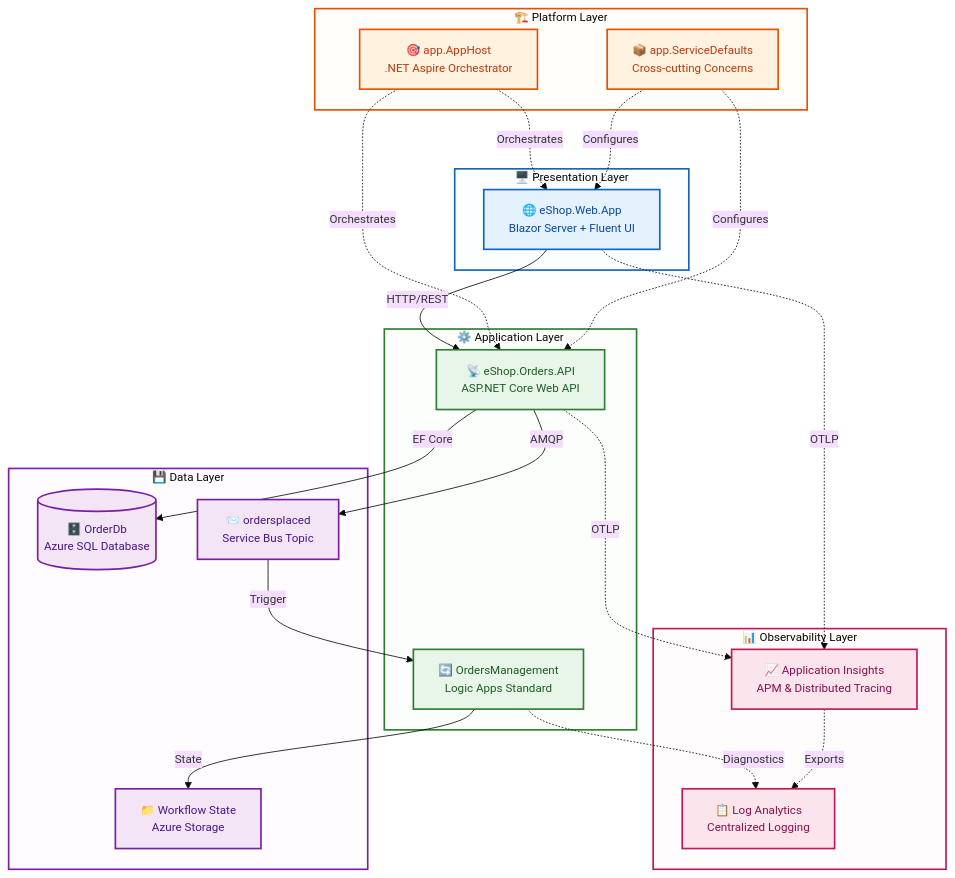
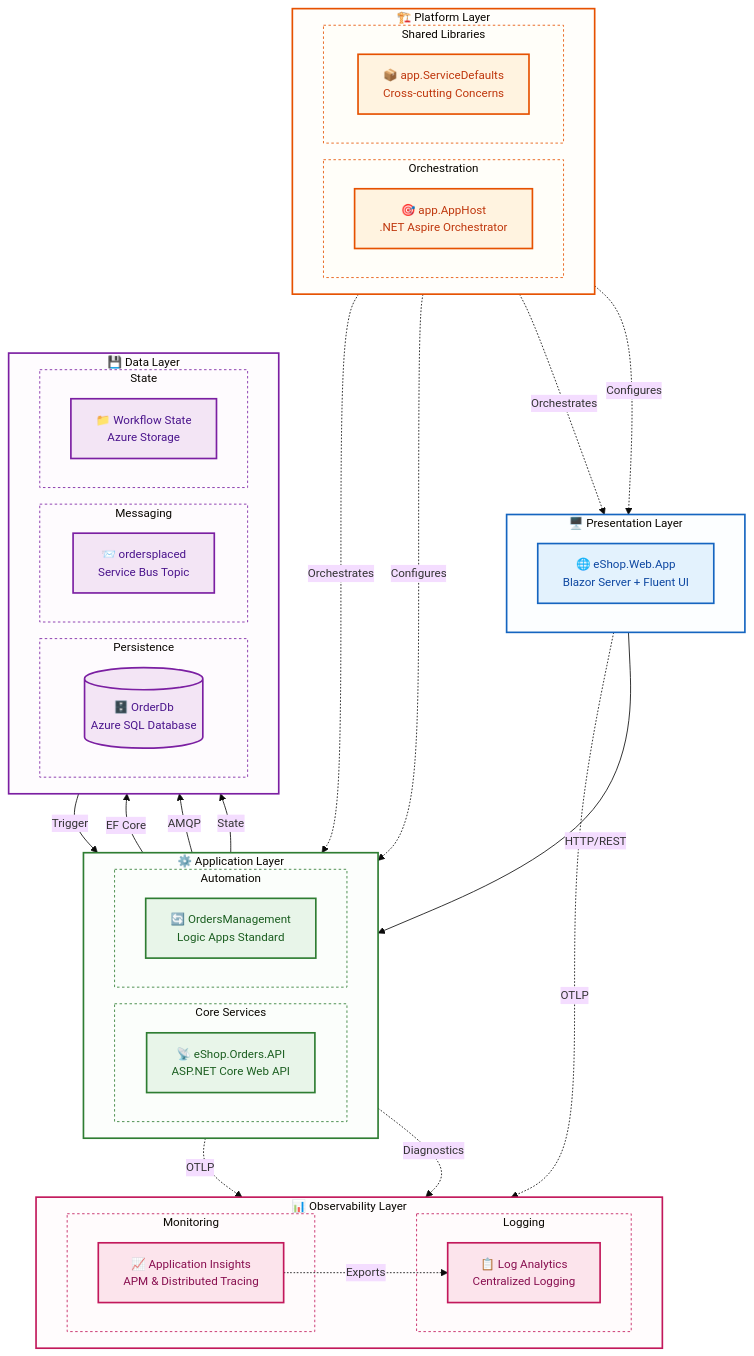
One commit to Evilazaro/Azure-LogicApps-Monitoring changed the diagram in docs/architecture/README.md. Above: the diagram before and after it, drawn with Mermaid.

Commit message:
Refactor architecture diagram with improved subgraph organization and styling for enhanced clarity and visual grouping

````diff
--- a/docs/architecture/README.md
+++ b/docs/architecture/README.md
@@ -25,41 +25,67 @@
 %%{init: {'theme': 'base', 'themeVariables': { 'fontSize': '14px'}}}%%
 flowchart TD
     subgraph Presentation["🖥️ Presentation Layer"]
+        direction LR
         WebApp["🌐 eShop.Web.App<br/>Blazor Server + Fluent UI"]
     end
 
     subgraph Application["⚙️ Application Layer"]
-        API["📡 eShop.Orders.API<br/>ASP.NET Core Web API"]
-        LogicApp["🔄 OrdersManagement<br/>Logic Apps Standard"]
+        direction LR
+        subgraph AppServices["Core Services"]
+            API["📡 eShop.Orders.API<br/>ASP.NET Core Web API"]
+        end
+        subgraph Workflows["Automation"]
+            LogicApp["🔄 OrdersManagement<br/>Logic Apps Standard"]
+        end
     end
 
     subgraph Platform["🏗️ Platform Layer"]
-        Aspire["🎯 app.AppHost<br/>.NET Aspire Orchestrator"]
-        Defaults["📦 app.ServiceDefaults<br/>Cross-cutting Concerns"]
+        direction LR
+        subgraph Orchestration["Orchestration"]
+            Aspire["🎯 app.AppHost<br/>.NET Aspire Orchestrator"]
+        end
+        subgraph SharedLibraries["Shared Libraries"]
+            Defaults["📦 app.ServiceDefaults<br/>Cross-cutting Concerns"]
+        end
     end
 
     subgraph Data["💾 Data Layer"]
-        SQL[("🗄️ OrderDb<br/>Azure SQL Database")]
-        ServiceBus["📨 ordersplaced<br/>Service Bus Topic"]
-        Storage["📁 Workflow State<br/>Azure Storage"]
+        direction LR
+        subgraph Persistence["Persistence"]
+            SQL[("🗄️ OrderDb<br/>Azure SQL Database")]
+        end
+        subgraph Messaging["Messaging"]
+            ServiceBus["📨 ordersplaced<br/>Service Bus Topic"]
+        end
+        subgraph StateStore["State"]
+            Storage["📁 Workflow State<br/>Azure Storage"]
+        end
     end
 
     subgraph Observability["📊 Observability Layer"]
-        AppInsights["📈 Application Insights<br/>APM & Distributed Tracing"]
-        LogAnalytics["📋 Log Analytics<br/>Centralized Logging"]
+        direction LR
+        subgraph Monitoring["Monitoring"]
+            AppInsights["📈 Application Insights<br/>APM & Distributed Tracing"]
+        end
+        subgraph Logging["Logging"]
+            LogAnalytics["📋 Log Analytics<br/>Centralized Logging"]
+        end
     end
 
+    %% Data flow connections
     WebApp -->|"HTTP/REST"| API
     API -->|"EF Core"| SQL
     API -->|"AMQP"| ServiceBus
     ServiceBus -->|"Trigger"| LogicApp
     LogicApp -->|"State"| Storage
 
+    %% Orchestration connections
     Aspire -.->|"Orchestrates"| WebApp
     Aspire -.->|"Orchestrates"| API
     Defaults -.->|"Configures"| WebApp
     Defaults -.->|"Configures"| API
 
+    %% Telemetry connections
     WebApp -.->|"OTLP"| AppInsights
     API -.->|"OTLP"| AppInsights
     LogicApp -.->|"Diagnostics"| LogAnalytics
@@ -84,4 +110,13 @@
     style Platform fill:#fff3e022,stroke:#e65100,stroke-width:2px
     style Data fill:#f3e5f522,stroke:#7b1fa2,stroke-width:2px
     style Observability fill:#fce4ec22,stroke:#c2185b,stroke-width:2px
+    style AppServices fill:#e8f5e911,stroke:#2e7d32,stroke-width:1px,stroke-dasharray:3
+    style Workflows fill:#e8f5e911,stroke:#2e7d32,stroke-width:1px,stroke-dasharray:3
+    style Orchestration fill:#fff3e011,stroke:#e65100,stroke-width:1px,stroke-dasharray:3
+    style SharedLibraries fill:#fff3e011,stroke:#e65100,stroke-width:1px,stroke-dasharray:3
+    style Persistence fill:#f3e5f511,stroke:#7b1fa2,stroke-width:1px,stroke-dasharray:3
+    style Messaging fill:#f3e5f511,stroke:#7b1fa2,stroke-width:1px,stroke-dasharray:3
+    style StateStore fill:#f3e5f511,stroke:#7b1fa2,stroke-width:1px,stroke-dasharray:3
+    style Monitoring fill:#fce4ec11,stroke:#c2185b,stroke-width:1px,stroke-dasharray:3
+    style Logging fill:#fce4ec11,stroke:#c2185b,stroke-width:1px,stroke-dasharray:3
 ```
````
